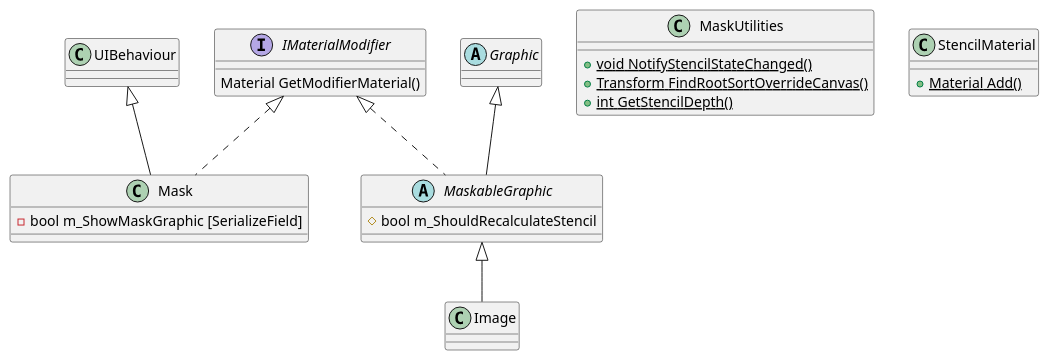
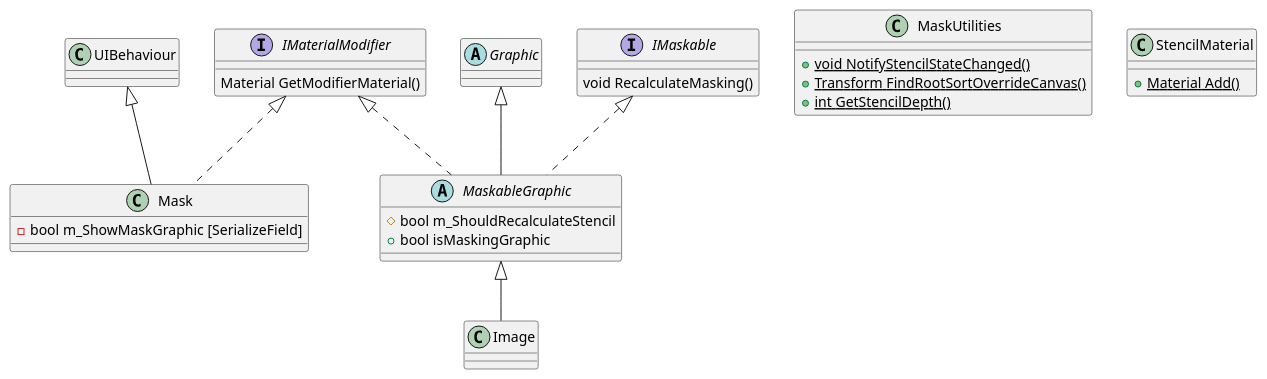
Before and after one commit to young40/young40.github.com: the diagram in org/2022-01-05-UGUI-Source-Reading-02.org, drawn with PlantUML. The commit also changed other lines of this file and 14 other files, not shown here.

```diff
--- a/org/2022-01-05-UGUI-Source-Reading-02.org
+++ b/org/2022-01-05-UGUI-Source-Reading-02.org
@@ -21,41 +21,48 @@
-#+BEGIN_SRC plantuml :file 2021-12-UGUI-Source-Reading/2021-12-UGUI-Source-Reading-003.Mask-Hierarchy.png :exports both :cache yes 
+#+BEGIN_SRC plantuml :file 2021-12-UGUI-Source-Reading/2021-12-UGUI-Source-Reading-012.Mask-Hierarchy.png :exports both :cache yes 
   @startuml
 
   class Mask
   {
       - bool m_ShowMaskGraphic [SerializeField]
   }
 
   class MaskUtilities
   {
       + {static} void NotifyStencilStateChanged()
       + {static} Transform FindRootSortOverrideCanvas()
       + {static} int GetStencilDepth()
   }
 
   class StencilMaterial
   {
       + {static} Material Add()
   }
 
   class Image
   abstract class Graphic
   abstract class MaskableGraphic
   {
       # bool m_ShouldRecalculateStencil
+      + bool isMaskingGraphic
   }
 
   interface IMaterialModifier
   {
       Material GetModifierMaterial()
   }
 
+  interface IMaskable
+  {
+       void RecalculateMasking()   
+  }
+
   UIBehaviour <|-- Mask
 
   Graphic         <|-- MaskableGraphic
   MaskableGraphic <|-- Image
 
+  IMaskable         <|.. MaskableGraphic
   IMaterialModifier <|.. MaskableGraphic
   IMaterialModifier <|.. Mask
   @enduml
 #+END_SRC
```
